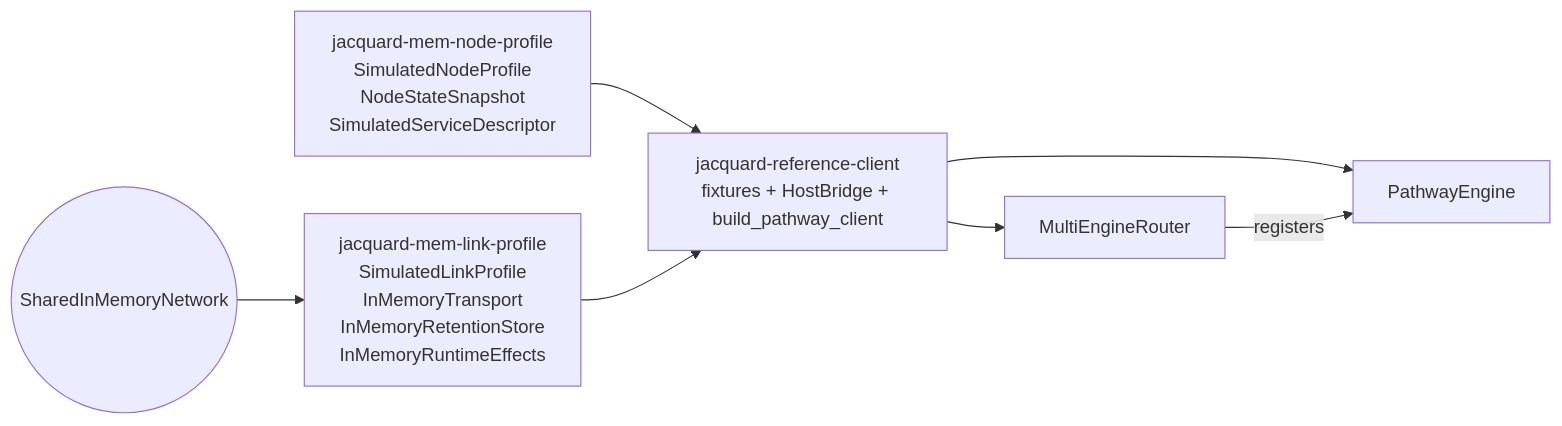
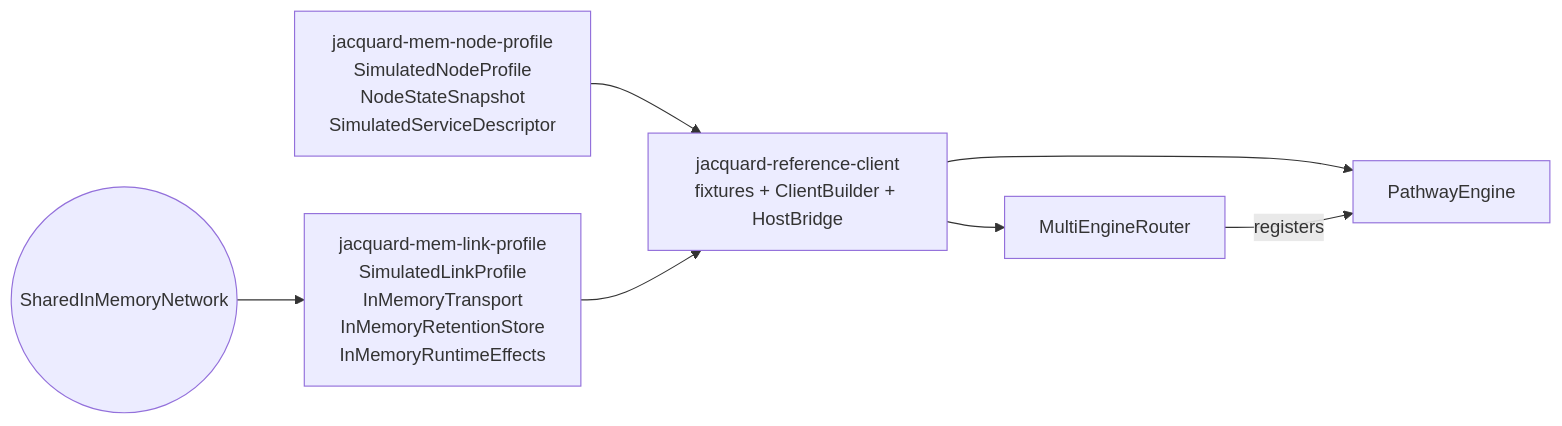
Before and after one commit to hxrts/jacquard: the diagram in docs/403_profile_reference.md, drawn with Mermaid. The commit also changed other lines of this file and 18 other files, not shown here.

````diff
--- a/docs/403_profile_reference.md
+++ b/docs/403_profile_reference.md
@@ -26,16 +26,16 @@
 ```mermaid
 graph LR
   NodeProfile[jacquard-mem-node-profile<br/>SimulatedNodeProfile<br/>NodeStateSnapshot<br/>SimulatedServiceDescriptor]
   LinkProfile[jacquard-mem-link-profile<br/>SimulatedLinkProfile<br/>InMemoryTransport<br/>InMemoryRetentionStore<br/>InMemoryRuntimeEffects]
   Network((SharedInMemoryNetwork))
-  Ref[jacquard-reference-client<br/>fixtures + HostBridge + build_pathway_client]
+  Ref[jacquard-reference-client<br/>fixtures + ClientBuilder + HostBridge]
   Router[MultiEngineRouter]
   Pathway[PathwayEngine]
 
   NodeProfile --> Ref
   LinkProfile --> Ref
   Network --> LinkProfile
   Ref --> Router
   Ref --> Pathway
   Router -- registers --> Pathway
 ```
````
